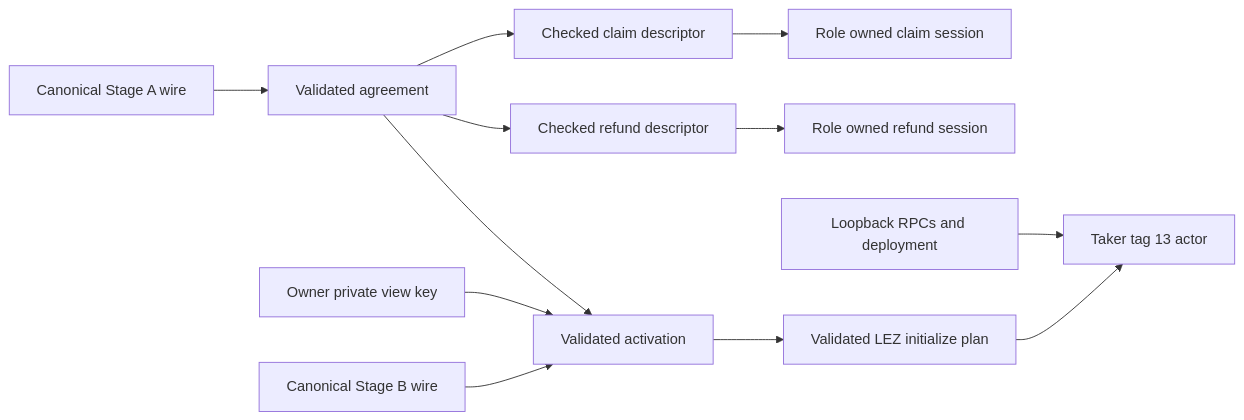
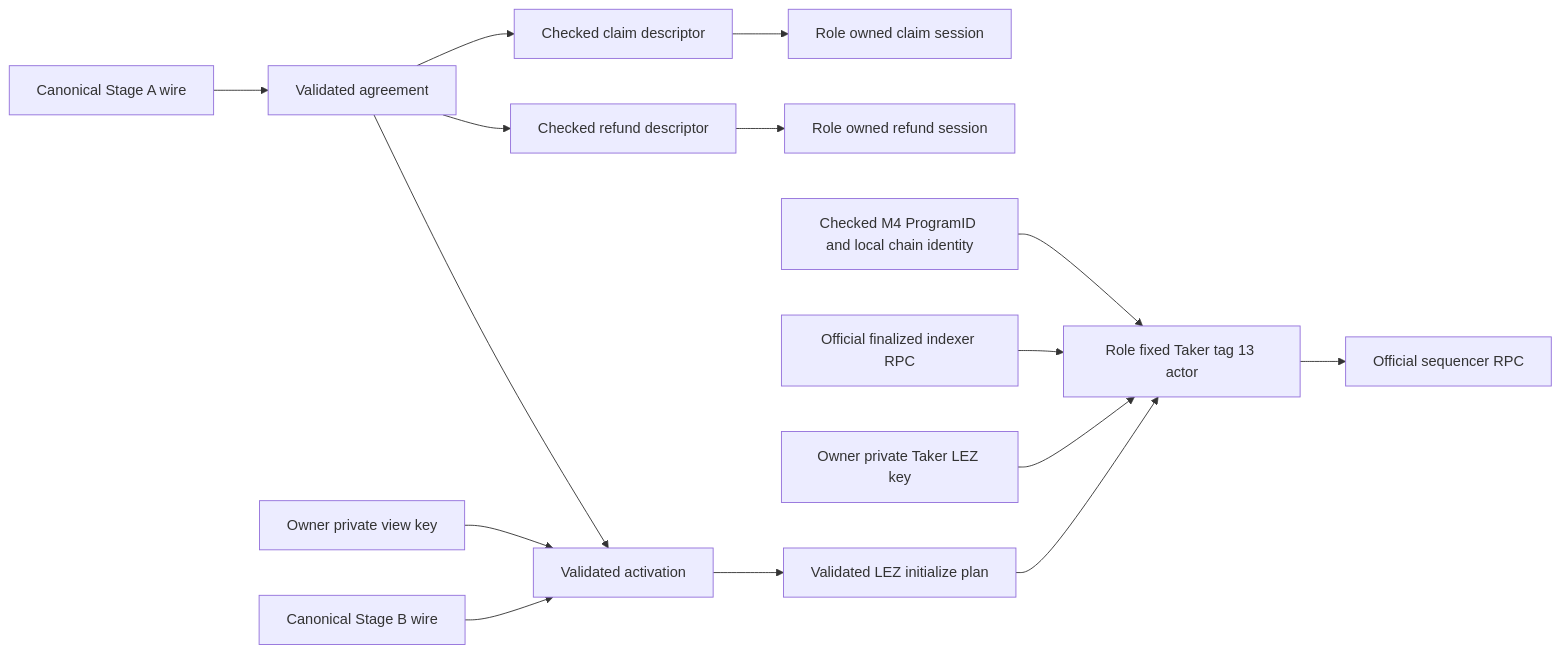
One commit to gateway-fm/lez-atomic-swaps changed the first of 2 diagrams in docs/architecture/0072-derive-xmr-actor-inputs-from-validated-stage-material.md. Above: the diagram before and after it, drawn with Mermaid. The commit also changed other lines of this file and 17 other files, not shown here.

````diff
--- a/docs/architecture/0072-derive-xmr-actor-inputs-from-validated-stage-material.md
+++ b/docs/architecture/0072-derive-xmr-actor-inputs-from-validated-stage-material.md
@@ -48,14 +49,17 @@
 ```mermaid
 flowchart LR
     StageA["Canonical Stage A wire"] --> Agreement["Validated agreement"]
     StageB["Canonical Stage B wire"] --> Activation["Validated activation"]
     ViewKey["Owner private view key"] --> Activation
     Agreement --> Activation
     Agreement --> Claim["Checked claim descriptor"]
     Agreement --> Refund["Checked refund descriptor"]
     Claim --> ClaimActor["Role owned claim session"]
     Refund --> RefundActor["Role owned refund session"]
     Activation --> Plan["Validated LEZ initialize plan"]
-    Plan --> Taker["Taker tag 13 actor"]
-    Runtime["Loopback RPCs and deployment"] --> Taker
+    Plan --> Taker["Role fixed Taker tag 13 actor"]
+    Signer["Owner private Taker LEZ key"] --> Taker
+    Indexer["Official finalized indexer RPC"] --> Taker
+    Taker --> Sequencer["Official sequencer RPC"]
+    Deployment["Checked M4 ProgramID and local chain identity"] --> Taker
 ```
````
